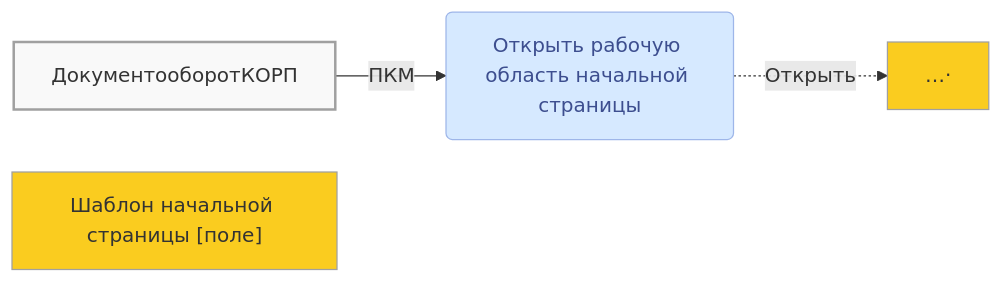
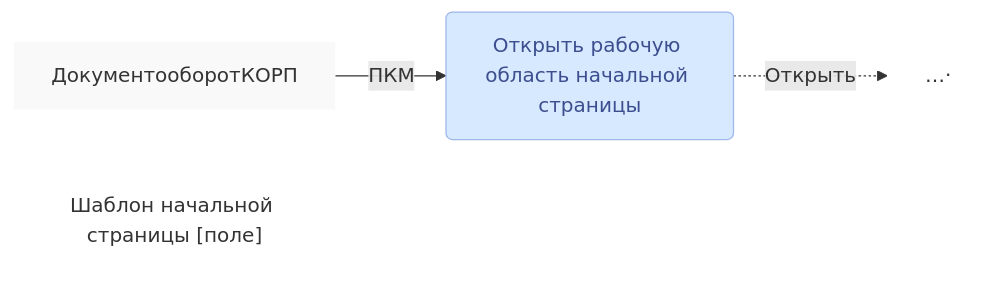
Before and after one commit to lugovoe/manual: the third of 3 diagrams in faq/crash/main-white-window.md, drawn with Mermaid.

````diff
--- a/faq/crash/main-white-window.md
+++ b/faq/crash/main-white-window.md
@@ -54,12 +54,12 @@
 ``` mermaid
 flowchart LR
   b1[ДокументооборотКОРП];
   b1 -- ПКМ --> m1(Открыть рабочую область начальной страницы);
   m1 -. Открыть .-> b0["#hellip;#middot;"];
   b3["Шаблон начальной страницы [поле]"];
-  classDef default fill:#facc1f,stroke:#a0a0a0,stroke-width:1px;
+  classDef default fill:none,stroke:none;
   classDef button fill:#f9f9f9,stroke-width:2px;
   classDef confmenu fill:#d6e9ff,stroke:#9eb6e9,color:#3d4e8f;
   class b1,b2 button;
   class m1 confmenu;
 ```
````
